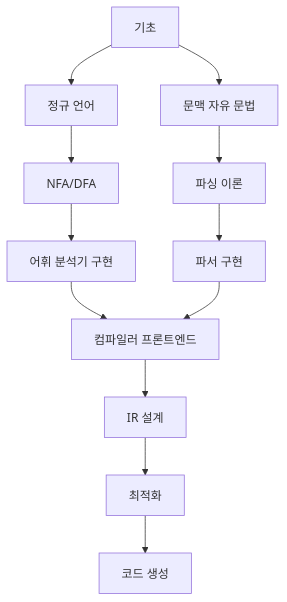
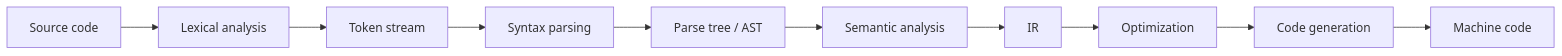
The first of 2 diagrams in content/docs/compiler/index.md (choisimo/document), drawn with Mermaid before and after one commit. The commit also changed other lines of this file and 432 other files, not shown here.

````diff
--- a/content/docs/compiler/index.md
+++ b/content/docs/compiler/index.md
@@ -236,17 +78,12 @@
 ```mermaid
-flowchart TD
-    A[기초] --> B[정규 언어]
-    B --> C[NFA/DFA]
-    C --> D[어휘 분석기 구현]
-    
-    A --> E[문맥 자유 문법]
-    E --> F[파싱 이론]
-    F --> G[파서 구현]
-    
-    D --> H[컴파일러 프론트엔드]
-    G --> H
-    
-    H --> I[IR 설계]
-    I --> J[최적화]
-    J --> K[코드 생성]
+flowchart LR
+    A[Source code] --> B[Lexical analysis]
+    B --> C[Token stream]
+    C --> D[Syntax parsing]
+    D --> E[Parse tree / AST]
+    E --> F[Semantic analysis]
+    F --> G[IR]
+    G --> H[Optimization]
+    H --> I[Code generation]
+    I --> J[Machine code]
 ```
````
